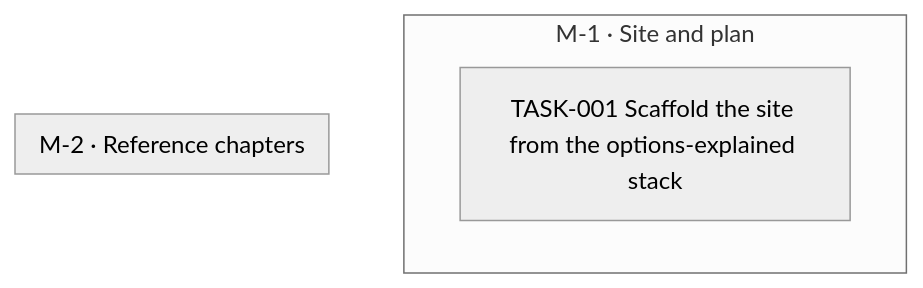
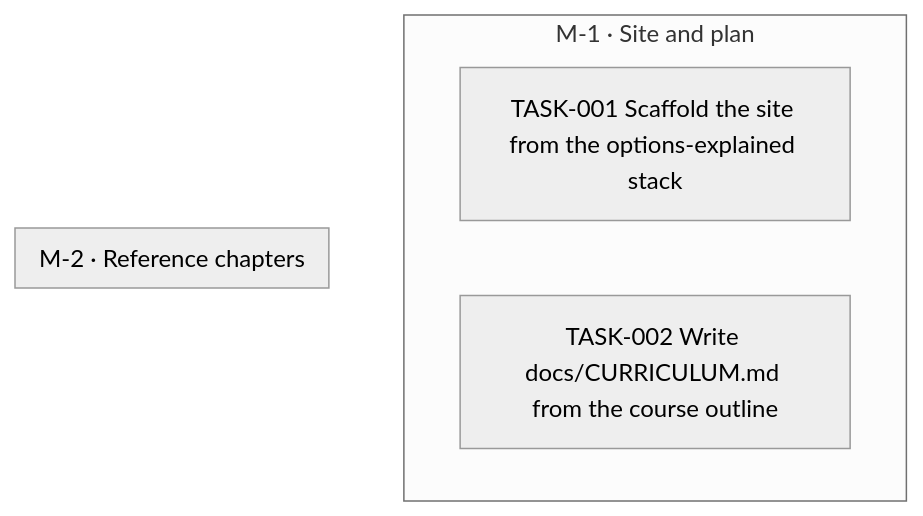
The diagram in goals/course-site/README.md (all-explained/empirical-finance-lbs), drawn with Mermaid (neutral theme) before and after one commit. The commit also changed 1 other file, not shown here.

Commit message:
goal(course-site): add TASK-002 Write docs/CURRICULUM.md from the course outline

````diff
--- a/goals/course-site/README.md
+++ b/goals/course-site/README.md
@@ -19,11 +19,12 @@
 ```mermaid
 flowchart TD
   subgraph M_1["M-1 · Site and plan"]
     TASK_001["TASK-001 Scaffold the site from the options-explained stack"]
+    TASK_002["TASK-002 Write docs/CURRICULUM.md from the course outline"]
   end
   subgraph M_2["M-2 · Reference chapters"]
   end
   classDef draft stroke-dasharray: 4 3
   classDef cancelled opacity:0.45
   classDef decision fill:#f3e8ff,stroke:#7c3aed
 ```
````
